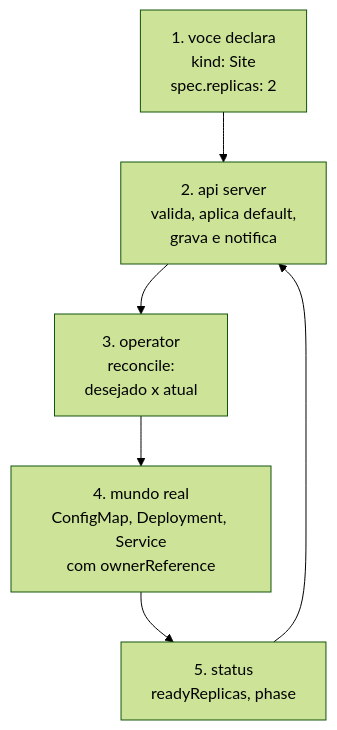
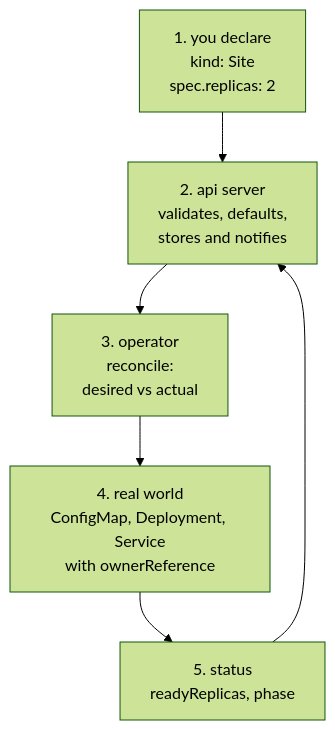
The diagram in _posts/2026-09-11-operators-e-crds.md (apolzek/apolzek.github.io), drawn with Mermaid (forest theme) before and after one commit. The commit also changed other lines of this file, not shown here.

First line of the commit message:
translate the diagram labels and code comments to english

````diff
--- a/_posts/2026-09-11-operators-e-crds.md
+++ b/_posts/2026-09-11-operators-e-crds.md
@@ -40,9 +40,9 @@
 ```mermaid
 flowchart TD
-  a["1. voce declara<br/>kind: Site<br/>spec.replicas: 2"]
-  b["2. api server<br/>valida, aplica default,<br/>grava e notifica"]
-  c["3. operator<br/>reconcile:<br/>desejado x atual"]
-  d["4. mundo real<br/>ConfigMap, Deployment, Service<br/>com ownerReference"]
+  a["1. you declare<br/>kind: Site<br/>spec.replicas: 2"]
+  b["2. api server<br/>validates, defaults,<br/>stores and notifies"]
+  c["3. operator<br/>reconcile:<br/>desired vs actual"]
+  d["4. real world<br/>ConfigMap, Deployment, Service<br/>with ownerReference"]
   e["5. status<br/>readyReplicas, phase"]
   a --> b --> c --> d --> e --> b
 ```
````
